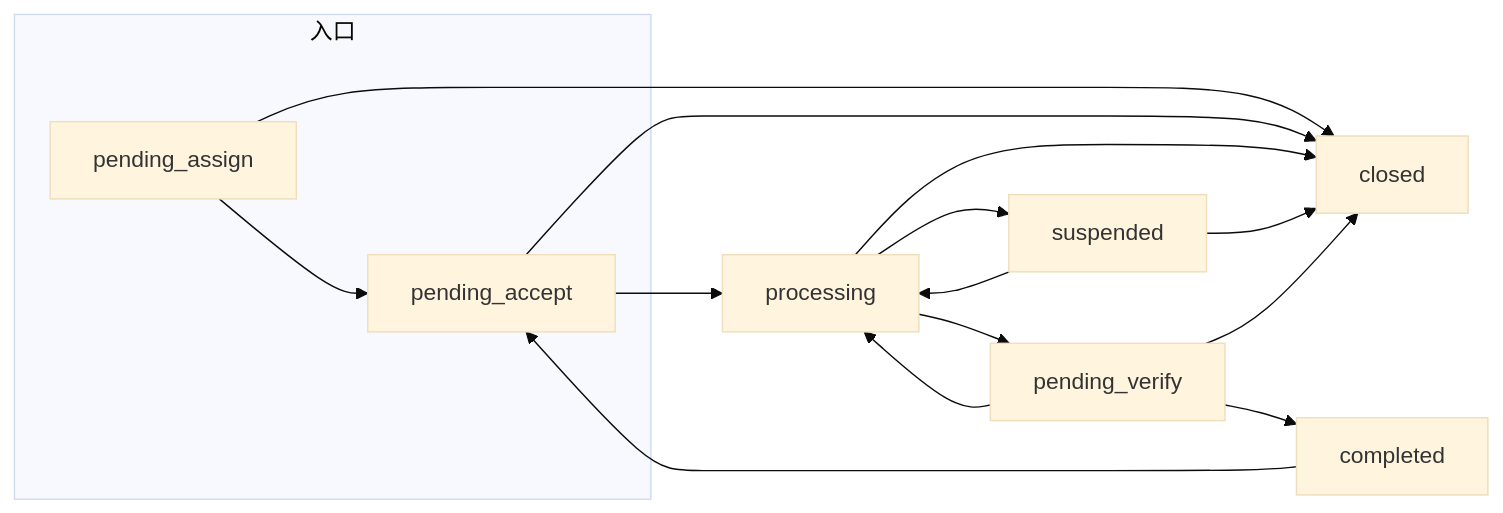
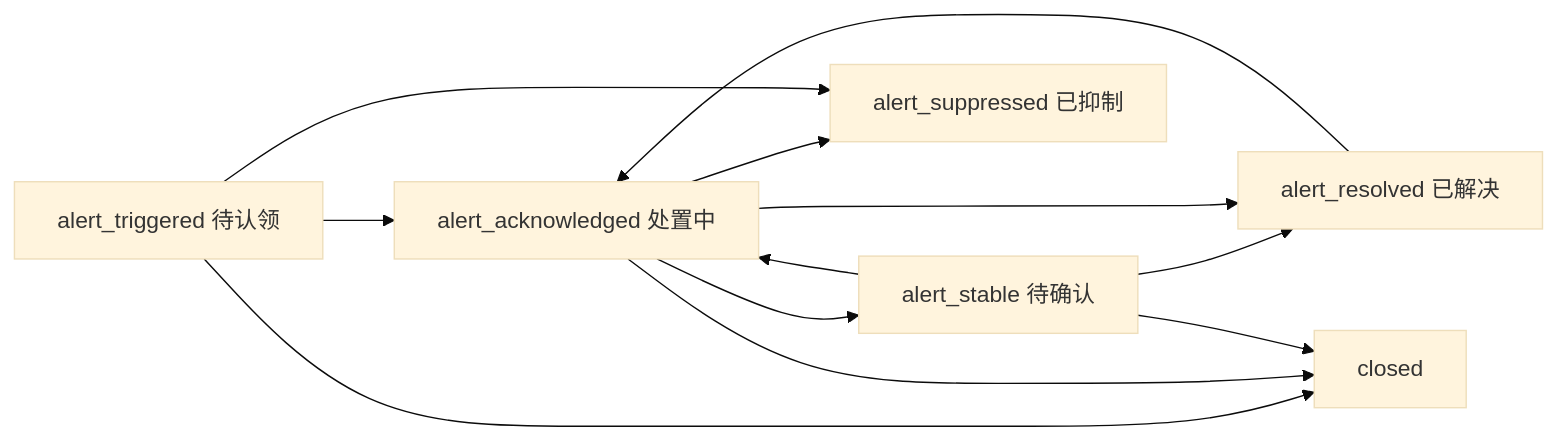
Before and after one commit to MiDouTech/myTapd: the diagram in miduo-md/workflow/告警工单流转-工作流设计.md, drawn with Mermaid (base theme). The commit also changed other lines of this file and 14 other files, not shown here.

````diff
--- a/miduo-md/workflow/告警工单流转-工作流设计.md
+++ b/miduo-md/workflow/告警工单流转-工作流设计.md
@@ -51,25 +63,20 @@
 ```mermaid
 flowchart LR
-  subgraph 入口
-    A[pending_assign]
-    B[pending_accept]
-  end
-  C[processing]
-  D[suspended]
-  E[pending_verify]
-  F[completed]
-  G[closed]
-  A --> B
-  B --> C
-  C --> D
-  D --> C
-  C --> E
-  E --> F
-  E --> C
-  F --> B
-  A --> G
-  B --> G
-  C --> G
-  D --> G
-  E --> G
+  T[alert_triggered 待认领]
+  A[alert_acknowledged 处置中]
+  S[alert_stable 待确认]
+  R[alert_resolved 已解决]
+  X[alert_suppressed 已抑制]
+  C[closed]
+  T --> A
+  A --> S
+  S --> R
+  A --> R
+  A --> X
+  T --> X
+  T --> C
+  A --> C
+  S --> C
+  S --> A
+  R --> A
 ```
````
